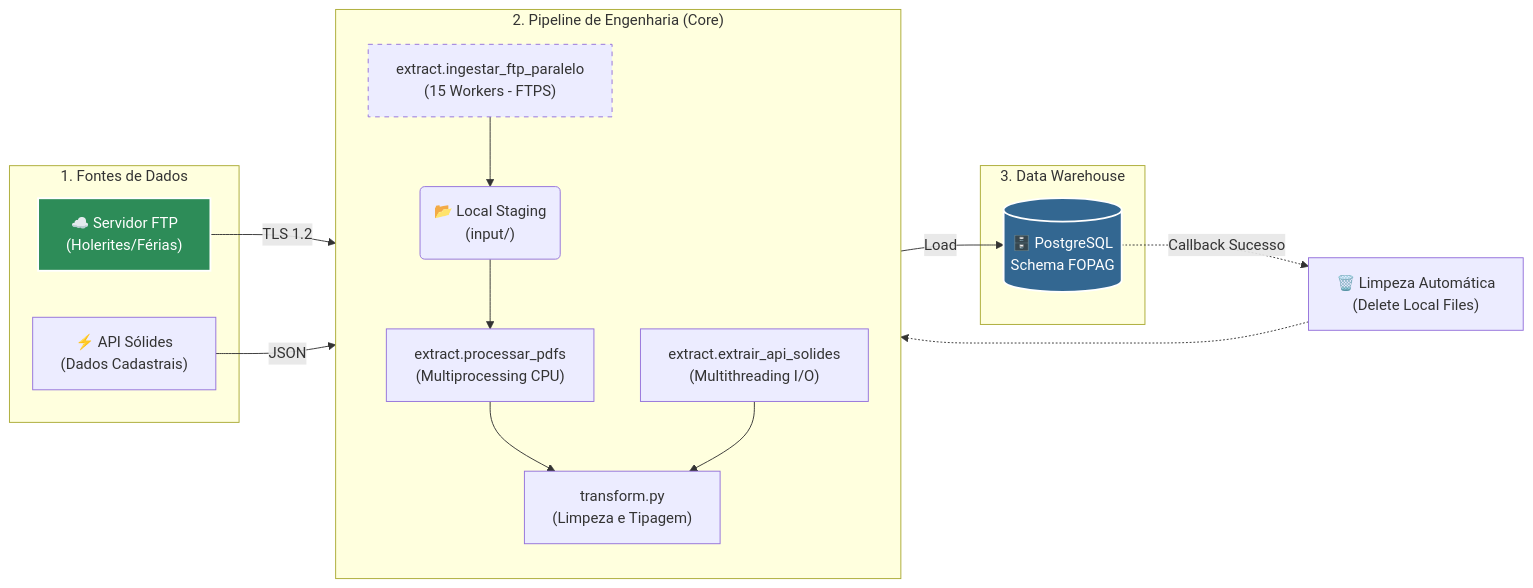
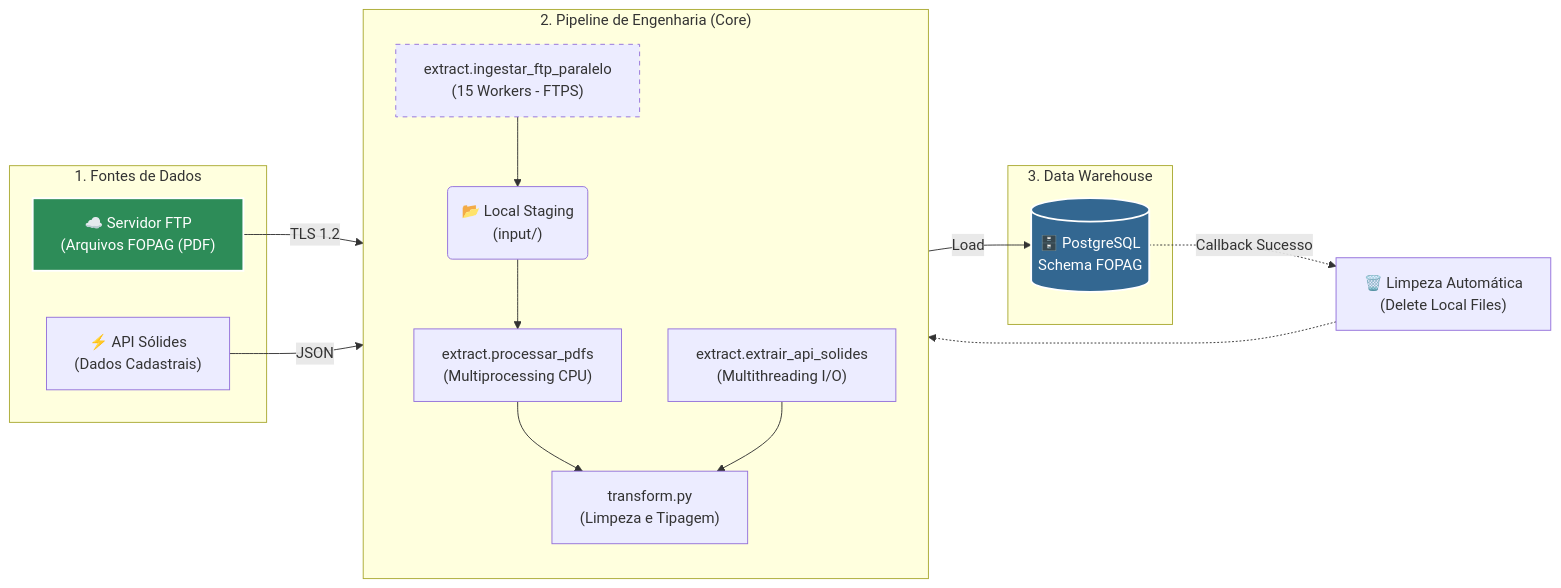
One commit to Ignowsky/ARQ-People-Intelligence changed the diagram in README.md. Above: the diagram before and after it, drawn with Mermaid.

Commit message:
Atualização:Adição da leitura dos arquivos via FTP e exclusão automatica

````diff
--- a/README.md
+++ b/README.md
@@ -41,47 +41,47 @@
 ``` mermaid
 ---
 config:
   layout: fixed
 ---
 graph LR
     %% --- Fontes ---
     subgraph Sources ["1. Fontes de Dados"]
-        FTP["☁️ Servidor FTP<br/>(Holerites/Férias)"]
+        FTP["☁️ Servidor FTP<br/>(Arquivos FOPAG (PDF)"]
         API["⚡ API Sólides<br/>(Dados Cadastrais)"]
     end
 
     %% --- Camada de Ingestão e Processamento ---
     subgraph Engine ["2. Pipeline de Engenharia (Core)"]
         direction TB
         INGEST["extract.ingestar_ftp_paralelo<br/>(15 Workers - FTPS)"]
         INPUT("📂 Local Staging<br/>(input/)")
         PDF_PROC["extract.processar_pdfs<br/>(Multiprocessing CPU)"]
         API_PROC["extract.extrair_api_solides<br/>(Multithreading I/O)"]
         TRANS["transform.py<br/>(Limpeza e Tipagem)"]
     end
 
     %% --- Armazenamento ---
     subgraph Storage ["3. Data Warehouse"]
         DB[("🗄️ PostgreSQL<br/>Schema FOPAG")]
     end
 
     %% --- Fluxo ---
     FTP -->|TLS 1.2| INGEST
     INGEST --> INPUT
     INPUT --> PDF_PROC
     API -->|JSON| API_PROC
     
     PDF_PROC --> TRANS
     API_PROC --> TRANS
     
     TRANS -->|Load| DB
     
     %% --- Limpeza ---
     DB -.->|Callback Sucesso| CLEAN["🗑️ Limpeza Automática<br/>(Delete Local Files)"]
     CLEAN -.-> INPUT
 
     %% --- Estilização ---
     style DB fill:#336791,stroke:#fff,stroke-width:2px,color:#fff
     style FTP fill:#2d8c58,stroke:#fff,stroke-width:2px,color:#fff
     style INGEST stroke-dasharray: 5 5
 ```
````
